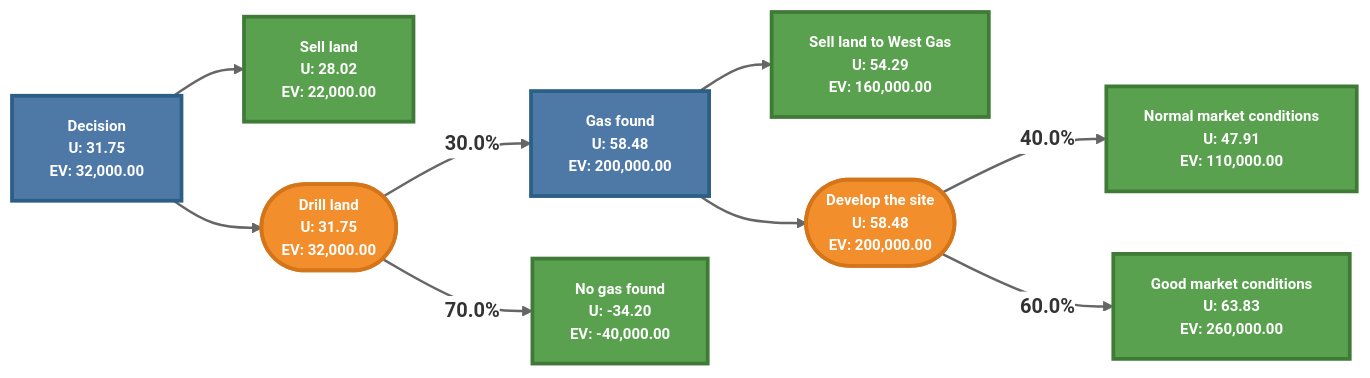
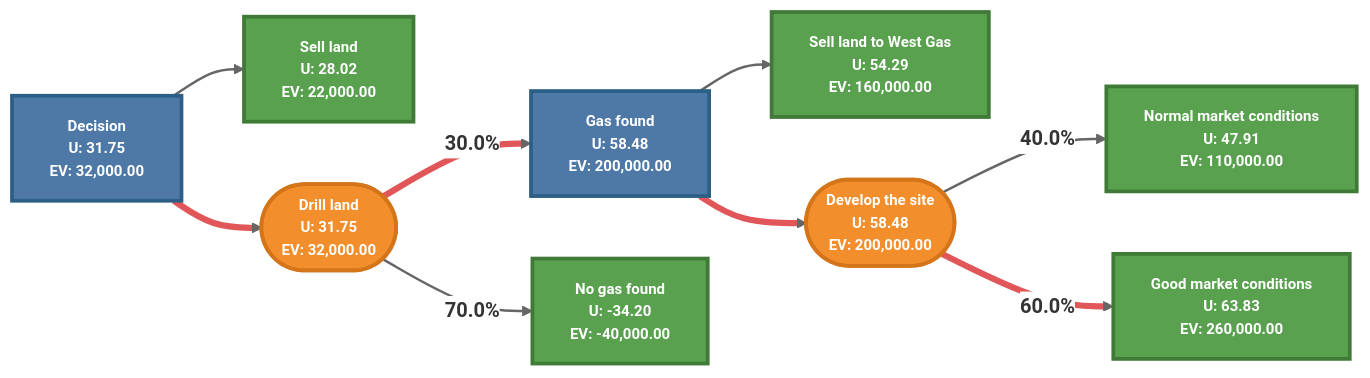
Before and after one commit to AlejandroAttento/DTrees: the diagram in images/case_with_utility_func.md, drawn with Mermaid. The commit also changed 6 other files, not shown here.

Commit message:
Update: Highlight optimal path in mermaid chart + example.ipynb notebook

````diff
--- a/images/case_with_utility_func.md
+++ b/images/case_with_utility_func.md
@@ -2,34 +2,38 @@
 ```mermaid
 graph LR
     classDef decision fill:#4e79a7,stroke:#2c5f85,stroke-width:3px,color:#ffffff,font-weight:bold,font-size:12px
     classDef chance fill:#f28e2c,stroke:#d4751a,stroke-width:3px,color:#ffffff,font-weight:bold,font-size:12px
     classDef terminal fill:#59a14f,stroke:#3f7a37,stroke-width:3px,color:#ffffff,font-weight:bold,font-size:12px
     I["<b>Decision</b><br/>U: 31.75<br/>EV: 32,000.00"]
     class I decision
     S["<b>Sell land</b><br/>U: 28.02<br/>EV: 22,000.00"]
     class S terminal
     D(["<b>Drill land</b><br/>U: 31.75<br/>EV: 32,000.00"])
     class D chance
     G["<b>Gas found</b><br/>U: 58.48<br/>EV: 200,000.00"]
     class G decision
     NG["<b>No gas found</b><br/>U: -34.20<br/>EV: -40,000.00"]
     class NG terminal
     GS["<b>Sell land to West Gas</b><br/>U: 54.29<br/>EV: 160,000.00"]
     class GS terminal
     GD(["<b>Develop the site</b><br/>U: 58.48<br/>EV: 200,000.00"])
     class GD chance
     NM["<b>Normal market conditions</b><br/>U: 47.91<br/>EV: 110,000.00"]
     class NM terminal
     GM["<b>Good market conditions</b><br/>U: 63.83<br/>EV: 260,000.00"]
     class GM terminal
     I ==> S
     I ==> D
     D ==>|<b>30.0%</b>| G
     D ==>|<b>70.0%</b>| NG
     G ==> GD
     G ==> GS
     GD ==>|<b>40.0%</b>| NM
     GD ==>|<b>60.0%</b>| GM
     linkStyle default stroke:#666,stroke-width:2px
     %%{init: {'theme':'base', 'themeVariables': {'primaryColor':'#ffffff', 'primaryTextColor':'#333333', 'primaryBorderColor':'#dddddd', 'lineColor':'#666666'}}}%%
+    linkStyle 1 stroke:#e15759,stroke-width:5px;
+    linkStyle 2 stroke:#e15759,stroke-width:5px;
+    linkStyle 4 stroke:#e15759,stroke-width:5px;
+    linkStyle 7 stroke:#e15759,stroke-width:5px;
 ```
````
